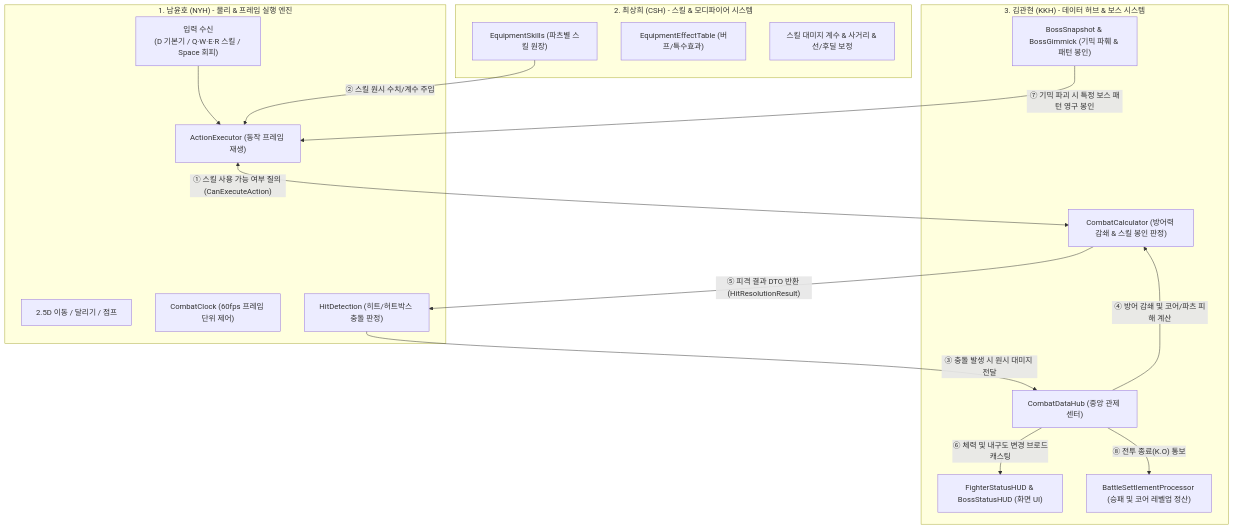
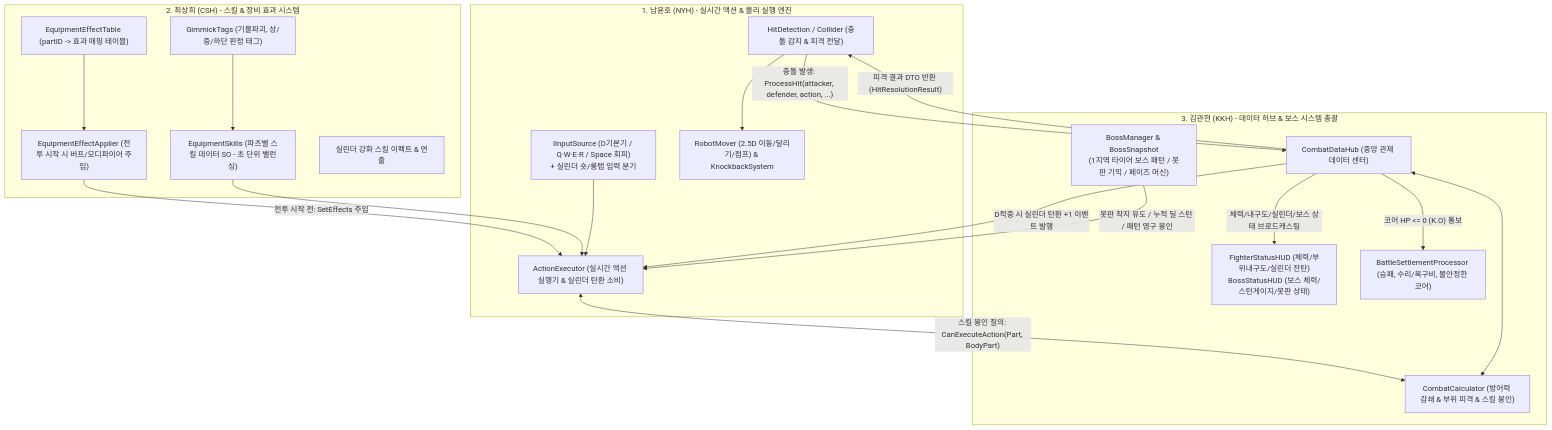
The diagram in Assets/KKH/06.Document/Battle_Team_3Way_Collaboration_Guide.md (Kimdoeon52/2026_Com2us_Project), drawn with Mermaid before and after one commit. The commit also changed other lines of this file and 5 other files, not shown here.

````diff
--- a/Assets/KKH/06.Document/Battle_Team_3Way_Collaboration_Guide.md
+++ b/Assets/KKH/06.Document/Battle_Team_3Way_Collaboration_Guide.md
@@ -16,35 +20,42 @@
 ```mermaid
 flowchart TD
-    subgraph NYH_Part ["1. 남윤호 (NYH) - 물리 & 프레임 실행 엔진"]
-        Input["입력 수신<br/>(D 기본기 / Q·W·E·R 스킬 / Space 회피)"]
-        Movement["2.5D 이동 / 달리기 / 점프"]
-        Clock["CombatClock (60fps 프레임 단위 제어)"]
-        Collision["HitDetection (히트/허트박스 충돌 판정)"]
-        Exec["ActionExecutor (동작 프레임 재생)"]
+    subgraph NYH_Part ["1. 남윤호 (NYH) - 실시간 액션 & 물리 실행 엔진"]
+        Input["IInputSource (D기본기 / Q·W·E·R / Space 회피)<br/>+ 실린더 숏/롱탭 입력 분기"]
+        Exec["ActionExecutor (실시간 액션 실행기 & 실린더 탄환 소비)"]
+        Collision["HitDetection / Collider (충돌 감지 & 피격 전달)"]
+        Movement["RobotMover (2.5D 이동/달리기/점프) & KnockbackSystem"]
     end
 
-    subgraph CSH_Part ["2. 최상희 (CSH) - 스킬 & 모디파이어 시스템"]
-        SkillSO["EquipmentSkills (파츠별 스킬 원장)"]
-        Modifier["EquipmentEffectTable (버프/특수효과)"]
-        EffectContext["스킬 대미지 계수 & 사거리 & 선/후딜 보정"]
+    subgraph CSH_Part ["2. 최상희 (CSH) - 스킬 & 장비 효과 시스템"]
+        SkillSO["EquipmentSkills (파츠별 스킬 데이터 SO - 초 단위 밸런싱)"]
+        GimmickTag["GimmickTags (기물파괴, 상/중/하단 판정 태그)"]
+        Table["EquipmentEffectTable (partID -> 효과 매핑 테이블)"]
+        Applier["EquipmentEffectApplier (전투 시작 시 버프/모디파이어 주입)"]
+        CylinderFX["실린더 강화 스킬 이펙트 & 연출"]
     end
 
-    subgraph KKH_Part ["3. 김관현 (KKH) - 데이터 허브 & 보스 시스템"]
-        Hub["CombatDataHub (중앙 관제 센터)"]
-        Calc["CombatCalculator (방어력 감쇄 & 스킬 봉인 판정)"]
-        BossSystem["BossSnapshot & BossGimmick (기믹 파훼 & 패턴 봉인)"]
-        HUD["FighterStatusHUD & BossStatusHUD (화면 UI)"]
-        Settlement["BattleSettlementProcessor (승패 및 코어 레벨업 정산)"]
+    subgraph KKH_Part ["3. 김관현 (KKH) - 데이터 허브 & 보스 시스템 총괄"]
+        Hub["CombatDataHub (중앙 관제 데이터 센터)"]
+        Calc["CombatCalculator (방어력 감쇄 & 부위 피격 & 스킬 봉인)"]
+        BossEngine["BossManager & BossSnapshot<br/>(1지역 타이어 보스 패턴 / 못판 기믹 / 페이즈 머신)"]
+        HUD["FighterStatusHUD (체력/부위내구도/실린더 잔탄)<br/>BossStatusHUD (보스 체력/스턴게이지/못판 상태)"]
+        Settlement["BattleSettlementProcessor (승패, 수리/복구비, 불안정한 코어)"]
     end
 
-    %% 데이터 및 실행 흐름
+    %% 3자 연동 흐름
+    Applier -->|"전투 시작 전: SetEffects 주입"| Exec
+    Table --> Applier
+    SkillSO --> Exec
+    GimmickTag --> SkillSO
+
     Input --> Exec
-    Exec <-->|"① 스킬 사용 가능 여부 질의 (CanExecuteAction)"| Calc
-    SkillSO -->|"② 스킬 원시 수치/계수 주입"| Exec
-    Collision -->|"③ 충돌 발생 시 원시 대미지 전달"| Hub
-    Hub -->|"④ 방어 감쇄 및 코어/파츠 피해 계산"| Calc
-    Calc -->|"⑤ 피격 결과 DTO 반환 (HitResolutionResult)"| Collision
-    Hub -->|"⑥ 체력 및 내구도 변경 브로드캐스팅"| HUD
-    BossSystem -->|"⑦ 기믹 파괴 시 특정 보스 패턴 영구 봉인"| Exec
-    Hub -->|"⑧ 전투 종료(K.O) 통보"| Settlement
+    Exec <-->|"스킬 봉인 질의: CanExecuteAction(Part, BodyPart)"| Calc
+    Collision -->|"충돌 발생: ProcessHit(attacker, defender, action, ...)"| Hub
+    Hub <--> Calc
+    Hub -->|"D적중 시 실린더 탄환 +1 이벤트 발행"| Exec
+    Hub -->|"체력/내구도/실린더/보스 상태 브로드캐스팅"| HUD
+    BossEngine -->|"못판 착지 유도 / 누적 딜 스턴 / 패턴 영구 봉인"| Exec
+    Hub -->|"코어 HP <= 0 (K.O) 통보"| Settlement
+    Hub -->|"피격 결과 DTO 반환 (HitResolutionResult)"| Collision
+    Collision --> Movement
 ```
````
